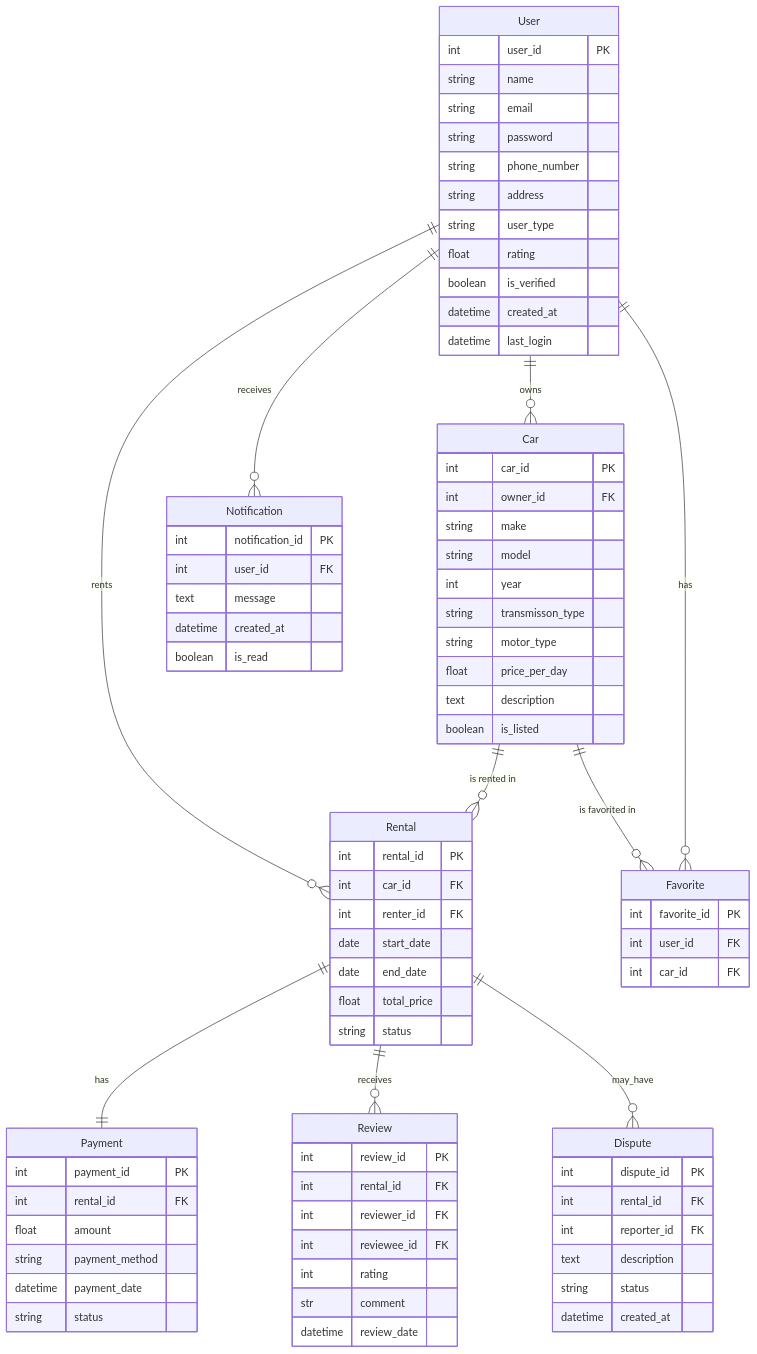
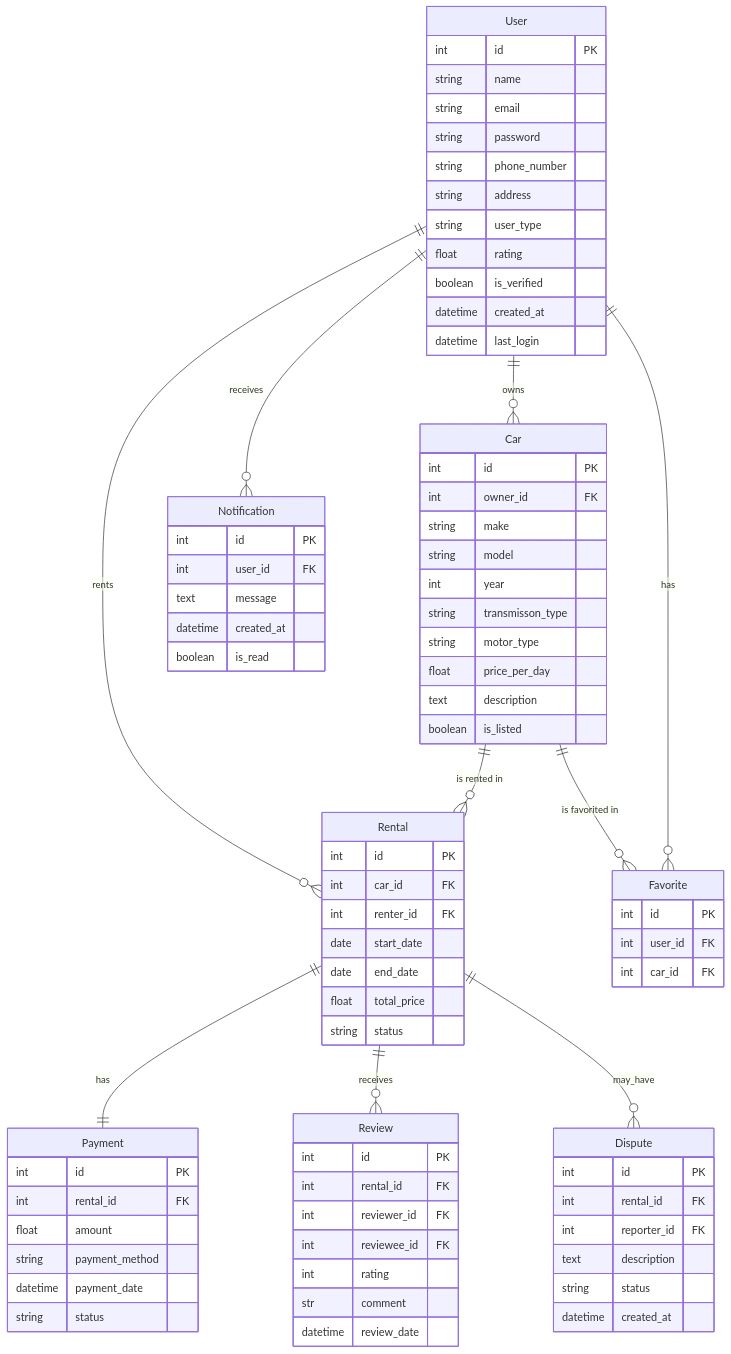
The diagram in ERD.md (mitdag/car-rental), drawn with Mermaid before and after one commit.

Commit message:
refactor(ERD): change primary key naming from 'id' to 'table_id' for clarity

```diff
--- a/ERD.md
+++ b/ERD.md
@@ -3,7 +3,7 @@
     User ||--o{ Car : owns
     User ||--o{ Rental : rents
     User {
-        int user_id PK
+        int id PK
         string name
         string email
         string password
@@ -18,7 +18,7 @@
     Car ||--o{ Rental : "is rented in"
     Car ||--o{ Favorite : "is favorited in"
     Car {
-        int car_id PK
+        int id PK
         int owner_id FK
         string make
         string model
@@ -30,7 +30,7 @@
         boolean is_listed
     }
     Rental {
-        int rental_id PK
+        int id PK
         int car_id FK
         int renter_id FK
         date start_date
@@ -39,7 +39,7 @@
         string status
     }
     Payment {
-        int payment_id PK
+        int id PK
         int rental_id FK
         float amount
         string payment_method
@@ -47,7 +47,7 @@
         string status
     }
     Review {
-        int review_id PK
+        int id PK
         int rental_id FK
         int reviewer_id FK
         int reviewee_id FK
@@ -56,19 +56,19 @@
         datetime review_date
     }
     Favorite {
-        int favorite_id PK
+        int id PK
         int user_id FK
         int car_id FK
     }
     Notification {
-        int notification_id PK
+        int id PK
         int user_id FK
         text message
         datetime created_at
         boolean is_read
     }
     Dispute {
-        int dispute_id PK
+        int id PK
         int rental_id FK
         int reporter_id FK
         text description
```
